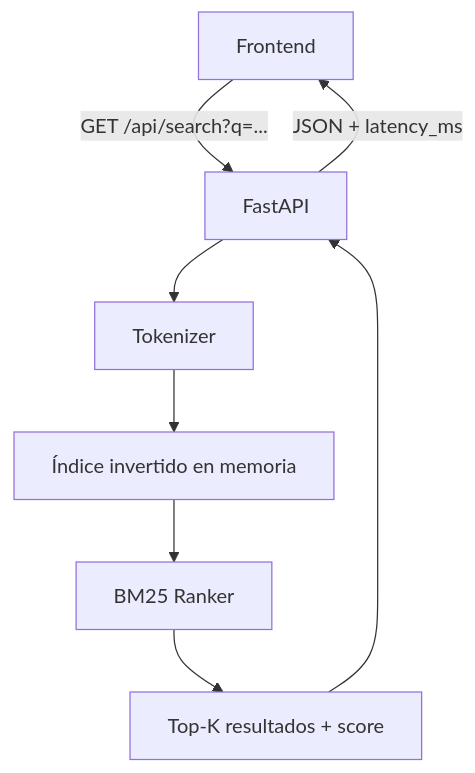
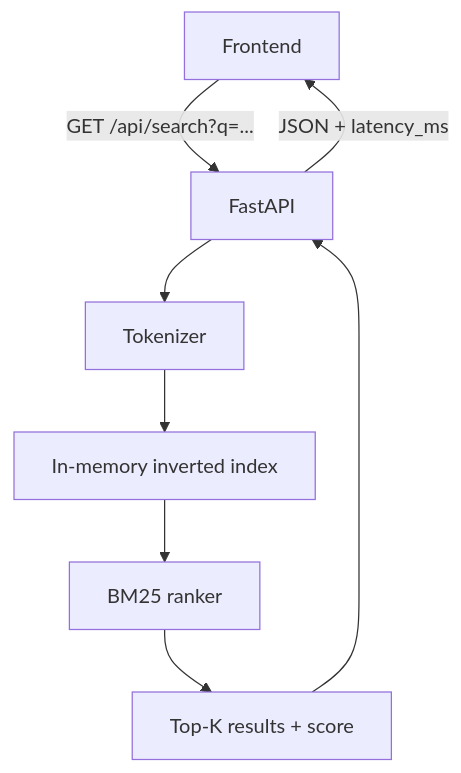
Before and after one commit to nbmsystemas/atlas-search-engine: the diagram in docs/architecture.md, drawn with Mermaid. The commit also changed other lines of this file and 7 other files, not shown here.

````diff
--- a/docs/architecture.md
+++ b/docs/architecture.md
@@ -5,10 +7,10 @@
 ```mermaid
 flowchart TD
     A[Frontend] -->|GET /api/search?q=...| B[FastAPI]
     B --> C[Tokenizer]
-    C --> D[Índice invertido en memoria]
-    D --> E[BM25 Ranker]
-    E --> F[Top-K resultados + score]
+    C --> D[In-memory inverted index]
+    D --> E[BM25 ranker]
+    E --> F[Top-K results + score]
     F --> B
     B -->|JSON + latency_ms| A
 ```
````
